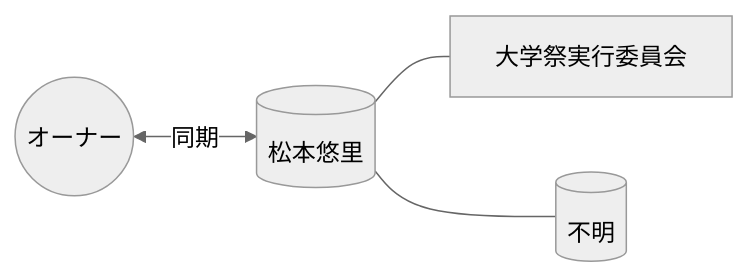
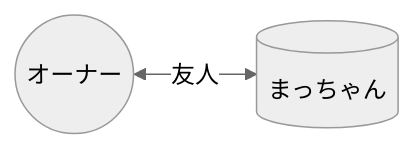
One commit to iamsaito0129-web/AI-Company changed the diagram in company/hr/members/松本悠里.md. Above: the diagram before and after it, drawn with Mermaid (neutral theme). The commit also changed other lines of this file and 34 other files, not shown here.

````diff
--- a/company/hr/members/松本悠里.md
+++ b/company/hr/members/松本悠里.md
@@ -29,6 +18,4 @@
 ```mermaid
 graph LR
-    Owner((オーナー)) <--> |同期| Member[(松本悠里)]
-    Member --- Community[大学祭実行委員会]
-    Member --- Base[(不明)]
+    Owner((オーナー)) <--> |友人| Member[(まっちゃん)]
 ```
````
